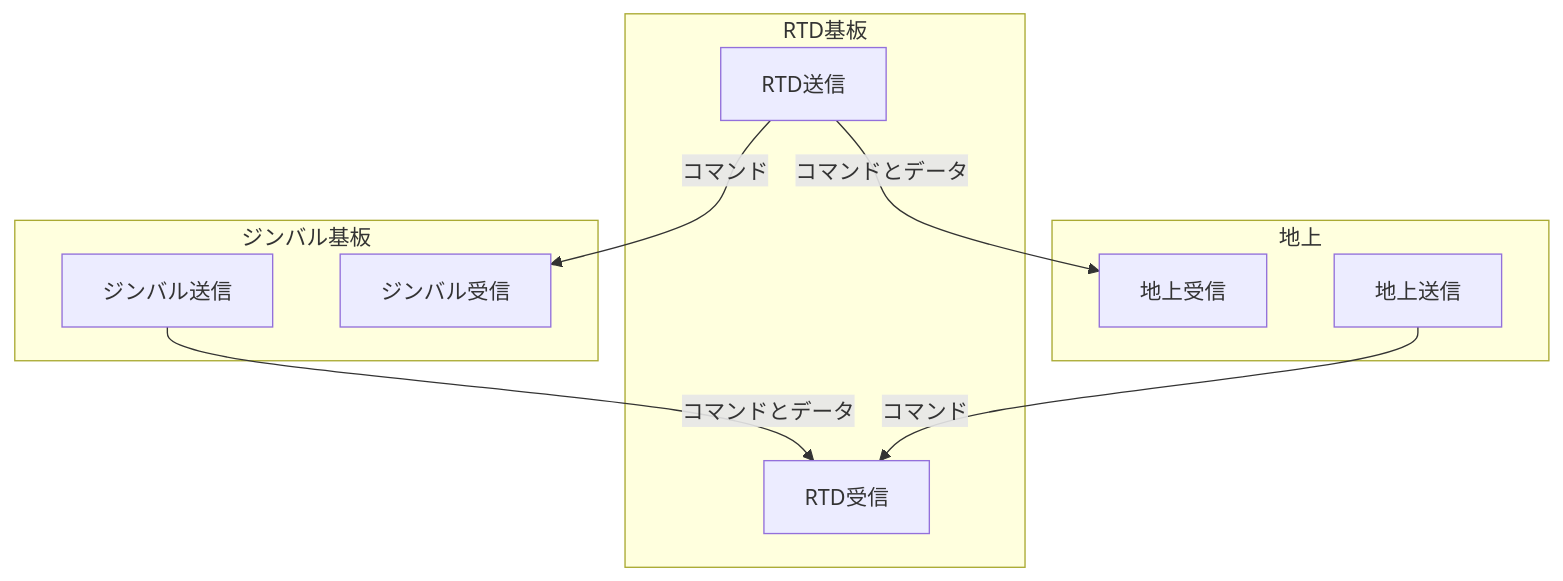
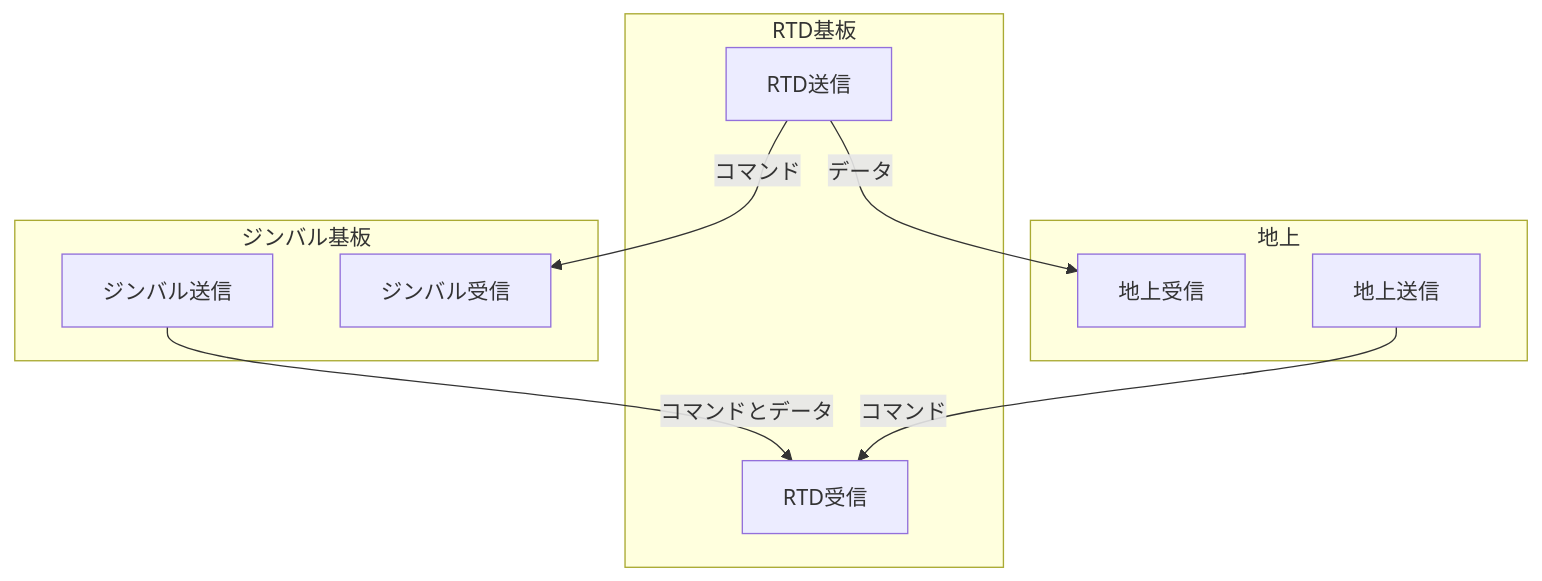
One commit to CREATE-ROCKET/Avi_73J_RtdBoard changed the first of 3 diagrams in README.md. Above: the diagram before and after it, drawn with Mermaid. The commit also changed other lines of this file, not shown here.

````diff
--- a/README.md
+++ b/README.md
@@ -7,19 +7,19 @@
 ```mermaid
 graph TD
     subgraph ジンバル基板
         D[ジンバル送信]
         A[ジンバル受信]
     end
     subgraph RTD基板
         B[RTD送信]
         E[RTD受信]
     end
     subgraph 地上
         F[地上受信]
         C[地上送信]
     end
     D -->|コマンドとデータ| E  
     B -->|コマンド| A
-    B -->|コマンドとデータ| F
+    B -->|データ| F
     C -->|コマンド| E
 ```
````
